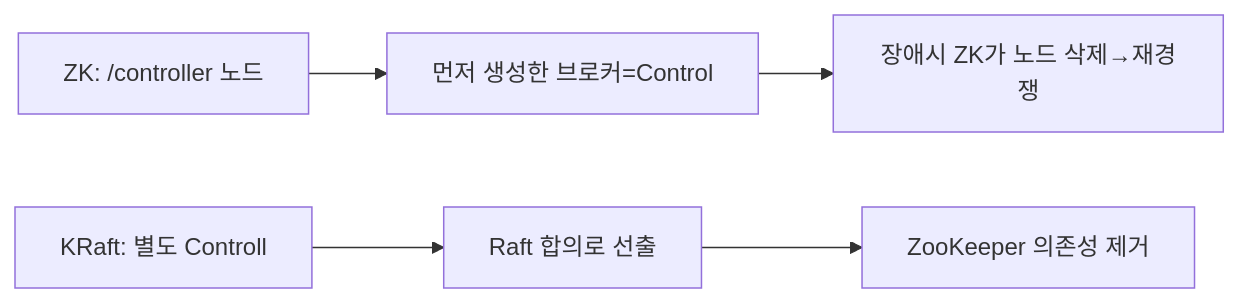
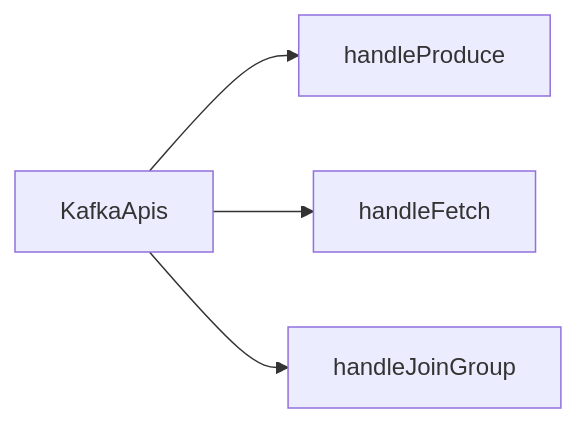
Before and after one commit to yjkim2015/yjkim2015.github.io: the second of 7 diagrams in _posts/kafka/2026-05-01-kafka-broker-deep.md, drawn with Mermaid. The commit also changed other lines of this file and 4 other files, not shown here.

````diff
--- a/_posts/kafka/2026-05-01-kafka-broker-deep.md
+++ b/_posts/kafka/2026-05-01-kafka-broker-deep.md
@@ -200,7 +96,6 @@
 ```mermaid
-flowchart LR
-    Z1["ZK: /controller 노드"] --> Z2["먼저 생성한 브로커=Control"]
-    Z2 --> Z3["장애시 ZK가 노드 삭제→재경쟁"]
-    K1["KRaft: 별도 Controll"] --> K2["Raft 합의로 선출"]
-    K2 --> K3["ZooKeeper 의존성 제거"]
+graph LR
+    API["KafkaApis"] --> PM["handleProduce"]
+    API --> FM["handleFetch"]
+    API --> GC["handleJoinGroup"]
 ```
````
